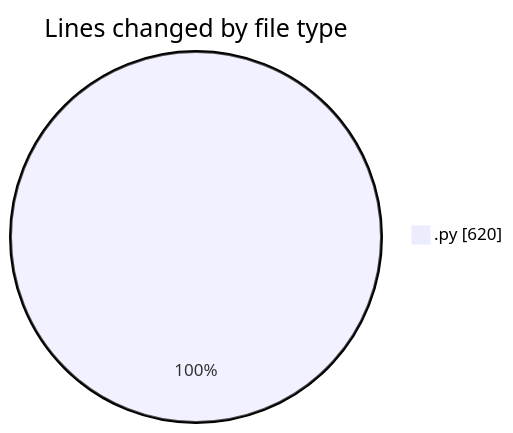
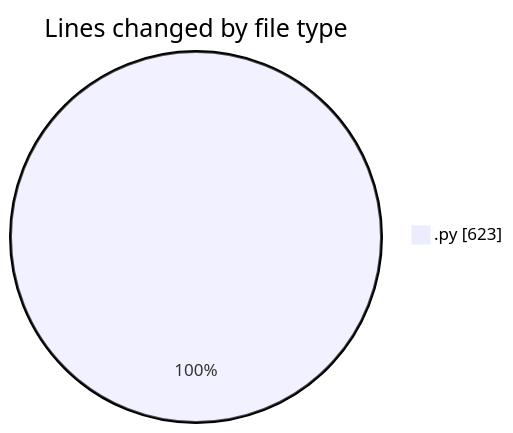
The first of 2 diagrams in 2025-04-23/synth_911data_gen/README.md (trdunsworth/code-tracking), drawn with Mermaid before and after one commit. The commit also changed other lines of this file and 1 other file, not shown here.

````diff
--- a/2025-04-23/synth_911data_gen/README.md
+++ b/2025-04-23/synth_911data_gen/README.md
@@ -20,5 +20,5 @@
 ```mermaid
 pie showData
 title Lines changed by file type
-".py" : 620
+".py" : 623
 ```
````
